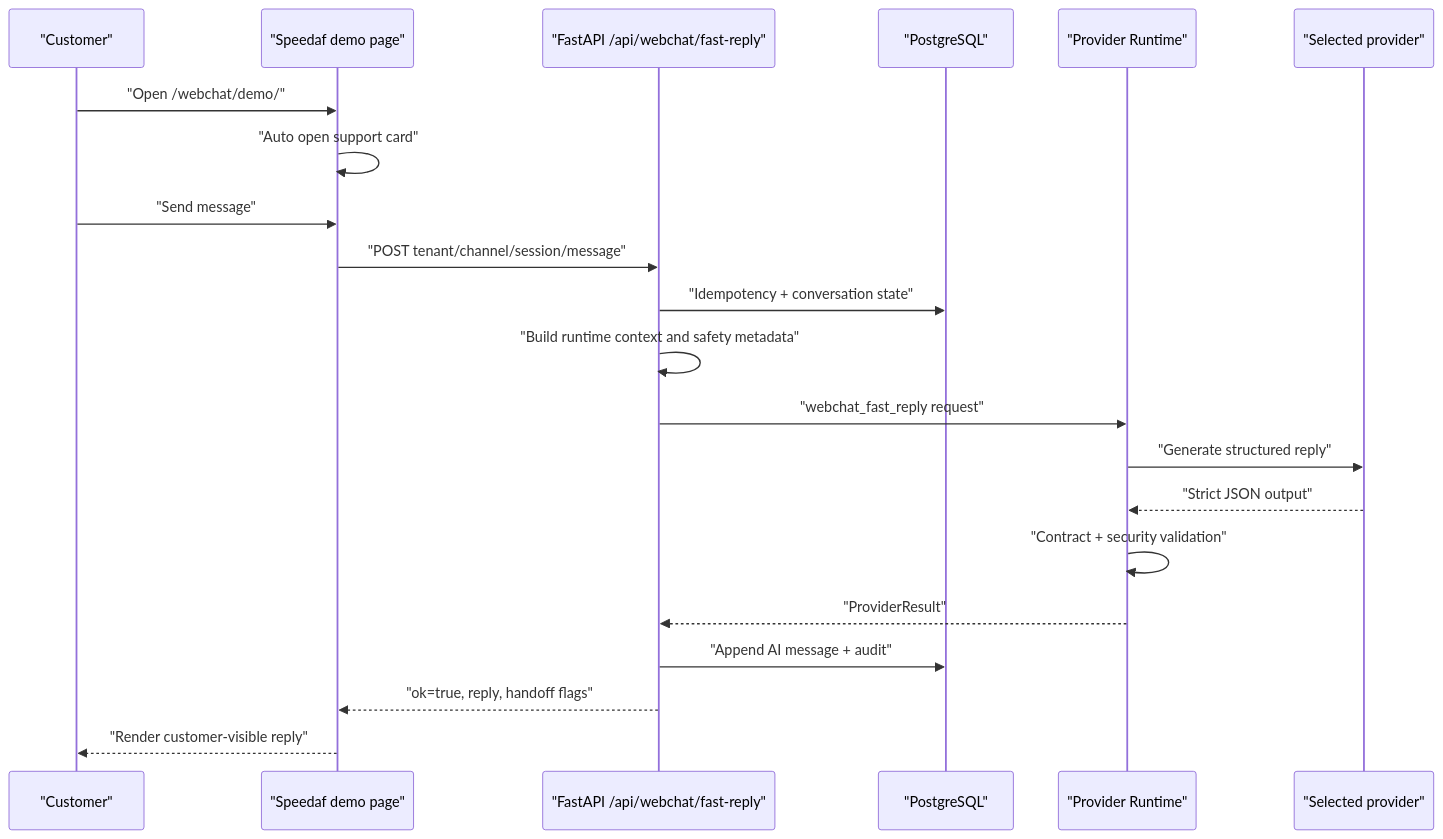
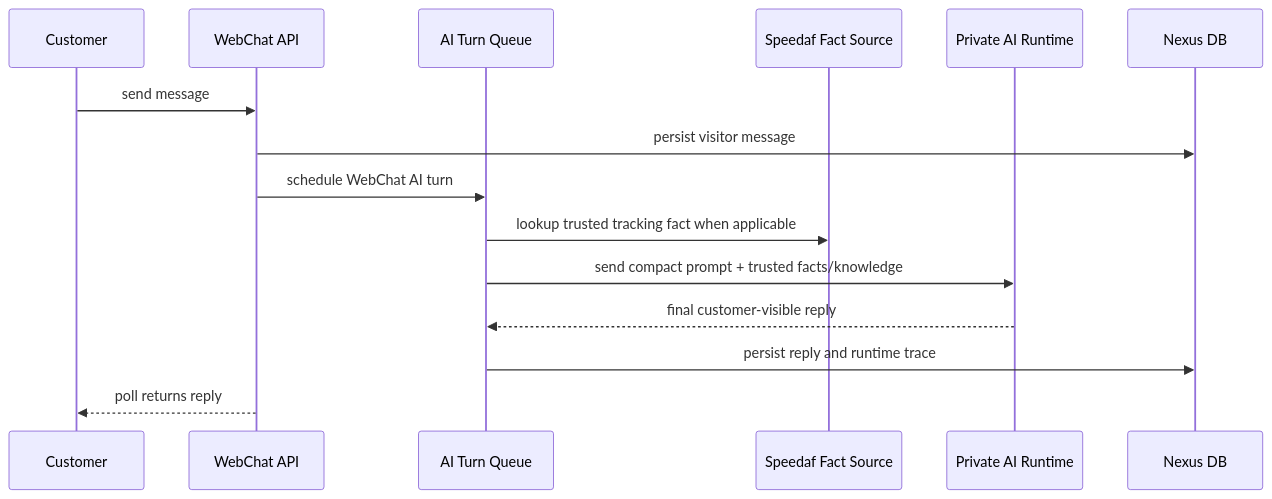
One commit to Maximvonshaft/nexus_helpdesk changed the diagram in docs/TECHNICAL_MANUAL.md. Above: the diagram before and after it, drawn with Mermaid. The commit also changed other lines of this file and 582 other files, not shown here.

````diff
--- a/docs/TECHNICAL_MANUAL.md
+++ b/docs/TECHNICAL_MANUAL.md
@@ -107,24 +40,18 @@
 ```mermaid
 sequenceDiagram
-  participant U as "Customer"
-  participant D as "Speedaf demo page"
-  participant A as "FastAPI /api/webchat/fast-reply"
-  participant DB as "PostgreSQL"
-  participant R as "Provider Runtime"
-  participant P as "Selected provider"
+  participant C as Customer
+  participant W as WebChat API
+  participant Q as AI Turn Queue
+  participant S as Speedaf Fact Source
+  participant R as Private AI Runtime
+  participant DB as Nexus DB
 
-  U->>D: "Open /webchat/demo/"
-  D->>D: "Auto open support card"
-  U->>D: "Send message"
-  D->>A: "POST tenant/channel/session/message"
-  A->>DB: "Idempotency + conversation state"
-  A->>A: "Build runtime context and safety metadata"
-  A->>R: "webchat_fast_reply request"
-  R->>P: "Generate structured reply"
-  P-->>R: "Strict JSON output"
-  R->>R: "Contract + security validation"
-  R-->>A: "ProviderResult"
-  A->>DB: "Append AI message + audit"
-  A-->>D: "ok=true, reply, handoff flags"
-  D-->>U: "Render customer-visible reply"
+  C->>W: send message
+  W->>DB: persist visitor message
+  W->>Q: schedule WebChat AI turn
+  Q->>S: lookup trusted tracking fact when applicable
+  Q->>R: send compact prompt + trusted facts/knowledge
+  R-->>Q: final customer-visible reply
+  Q->>DB: persist reply and runtime trace
+  W-->>C: poll returns reply
 ```
````
